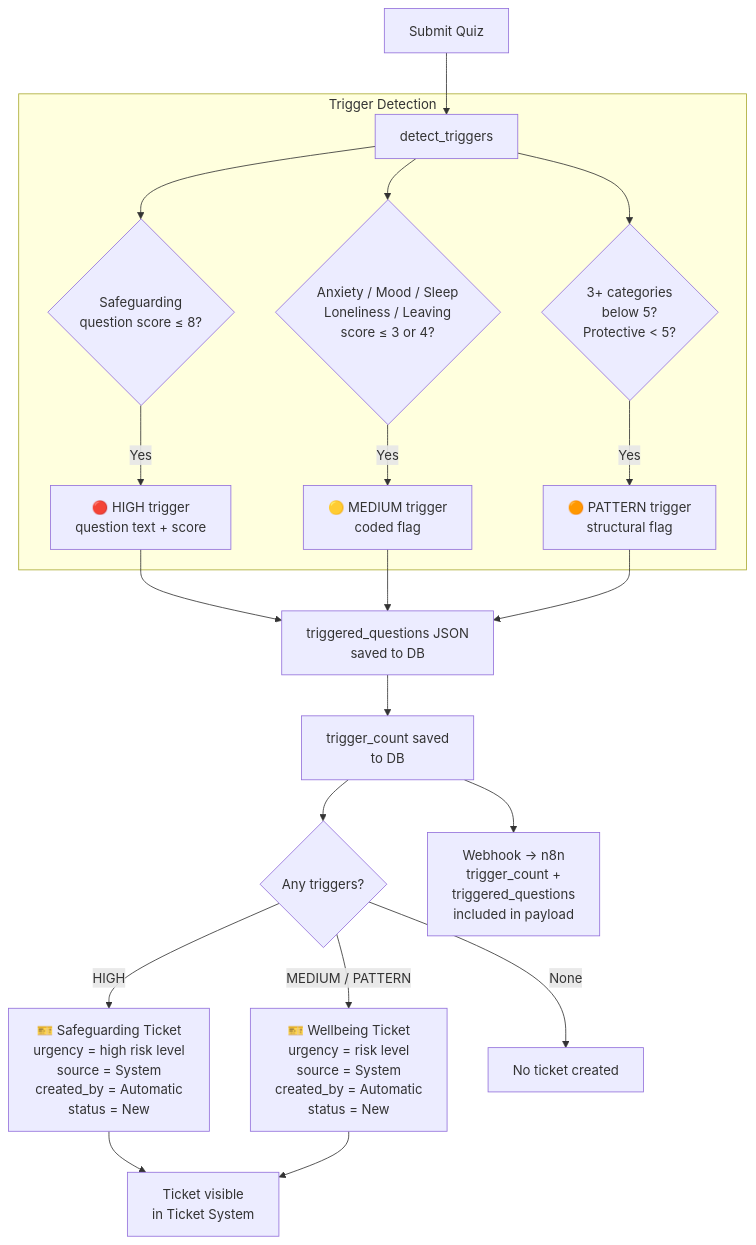
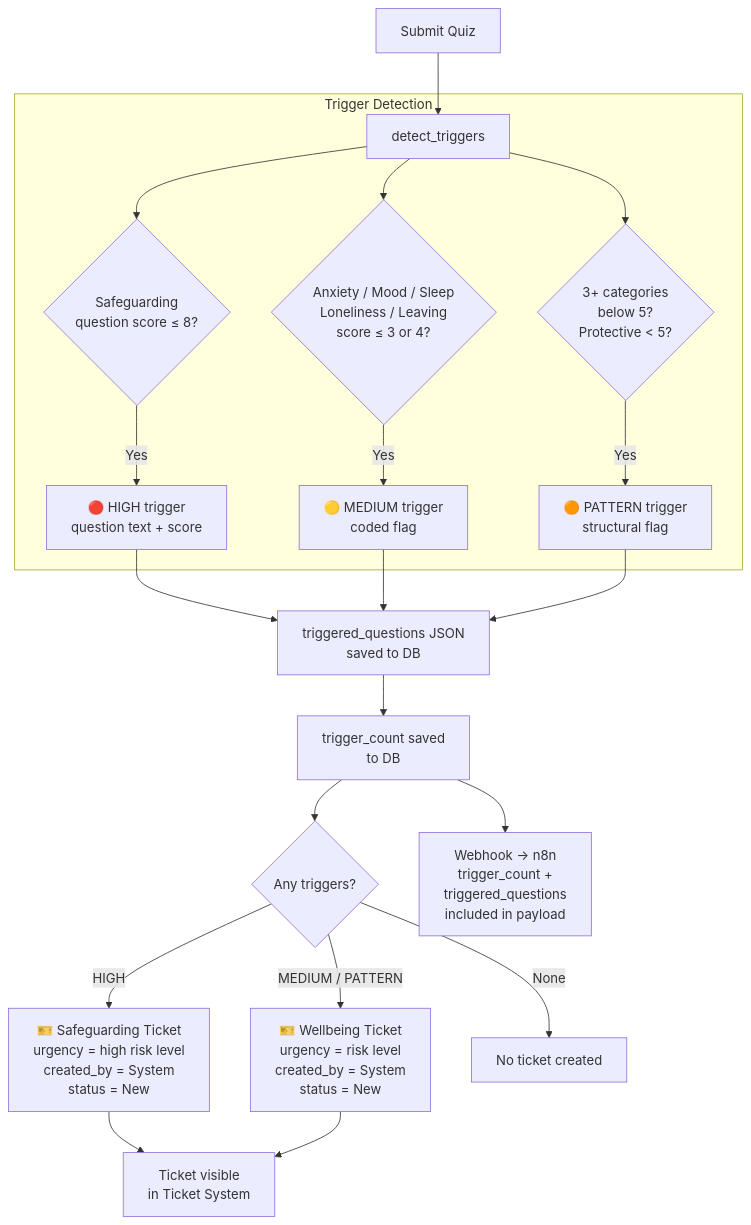
One commit to aiteamKBC/safegarding-quiz changed the fourth of 5 diagrams in DOCUMENTATION.md. Above: the diagram before and after it, drawn with Mermaid. The commit also changed other lines of this file and 24 other files, not shown here.

````diff
--- a/DOCUMENTATION.md
+++ b/DOCUMENTATION.md
@@ -146,27 +148,27 @@
 ```mermaid
 flowchart TD
     A[Submit Quiz] --> B[detect_triggers]
 
     subgraph Trigger Detection
         B --> C{Safeguarding\nquestion score ≤ 8?}
         C -->|Yes| D[🔴 HIGH trigger\nquestion text + score]
 
         B --> E{Anxiety / Mood / Sleep\nLoneliness / Leaving\nscore ≤ 3 or 4?}
         E -->|Yes| F[🟡 MEDIUM trigger\ncoded flag]
 
         B --> G{3+ categories\nbelow 5?\nProtective < 5?}
         G -->|Yes| H[🟠 PATTERN trigger\nstructural flag]
     end
 
     D & F & H --> I[triggered_questions JSON\nsaved to DB]
     I --> J[trigger_count saved\nto DB]
 
     J --> K{Any triggers?}
-    K -->|HIGH| L[🎫 Safeguarding Ticket\nurgency = high risk level\nsource = System\ncreated_by = Automatic\nstatus = New]
-    K -->|MEDIUM / PATTERN| M[🎫 Wellbeing Ticket\nurgency = risk level\nsource = System\ncreated_by = Automatic\nstatus = New]
+    K -->|HIGH| L[🎫 Safeguarding Ticket\nurgency = high risk level\ncreated_by = System\nstatus = New]
+    K -->|MEDIUM / PATTERN| M[🎫 Wellbeing Ticket\nurgency = risk level\ncreated_by = System\nstatus = New]
     K -->|None| N[No ticket created]
 
     L & M --> O[Ticket visible\nin Ticket System]
 
     J --> P[Webhook → n8n\ntrigger_count +\ntriggered_questions\nincluded in payload]
 ```
````
